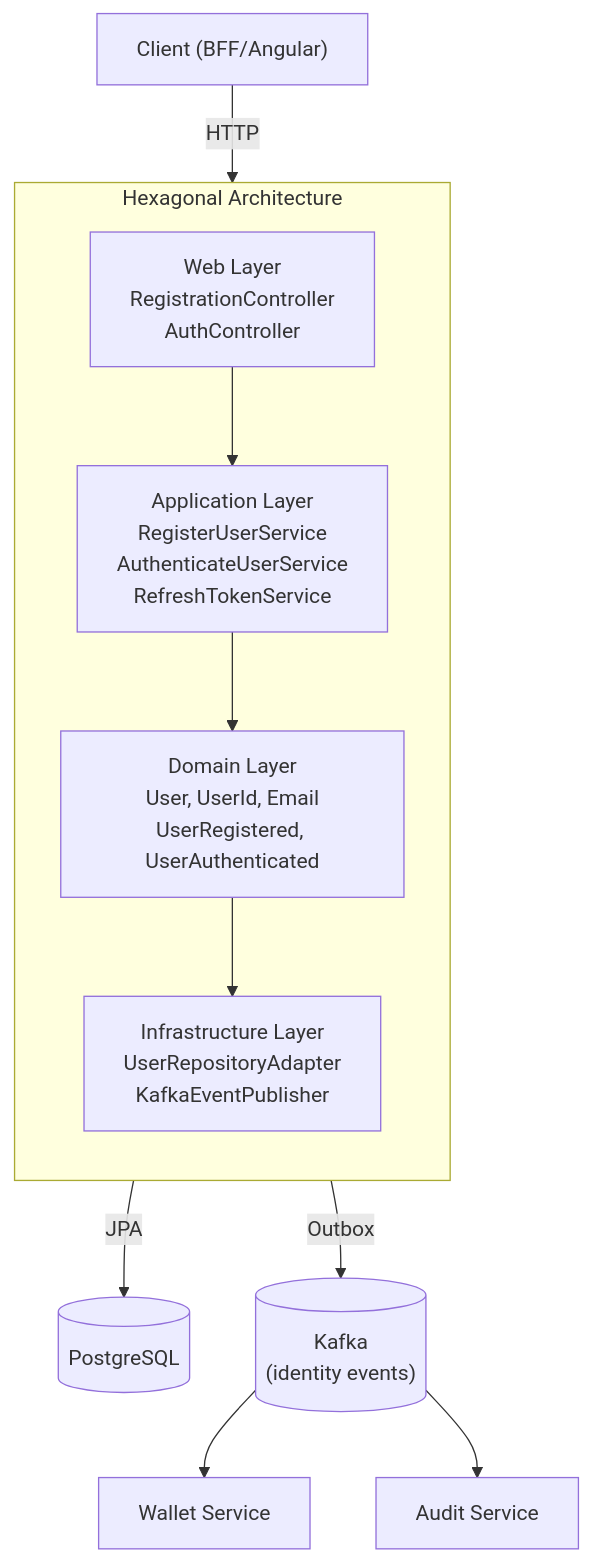
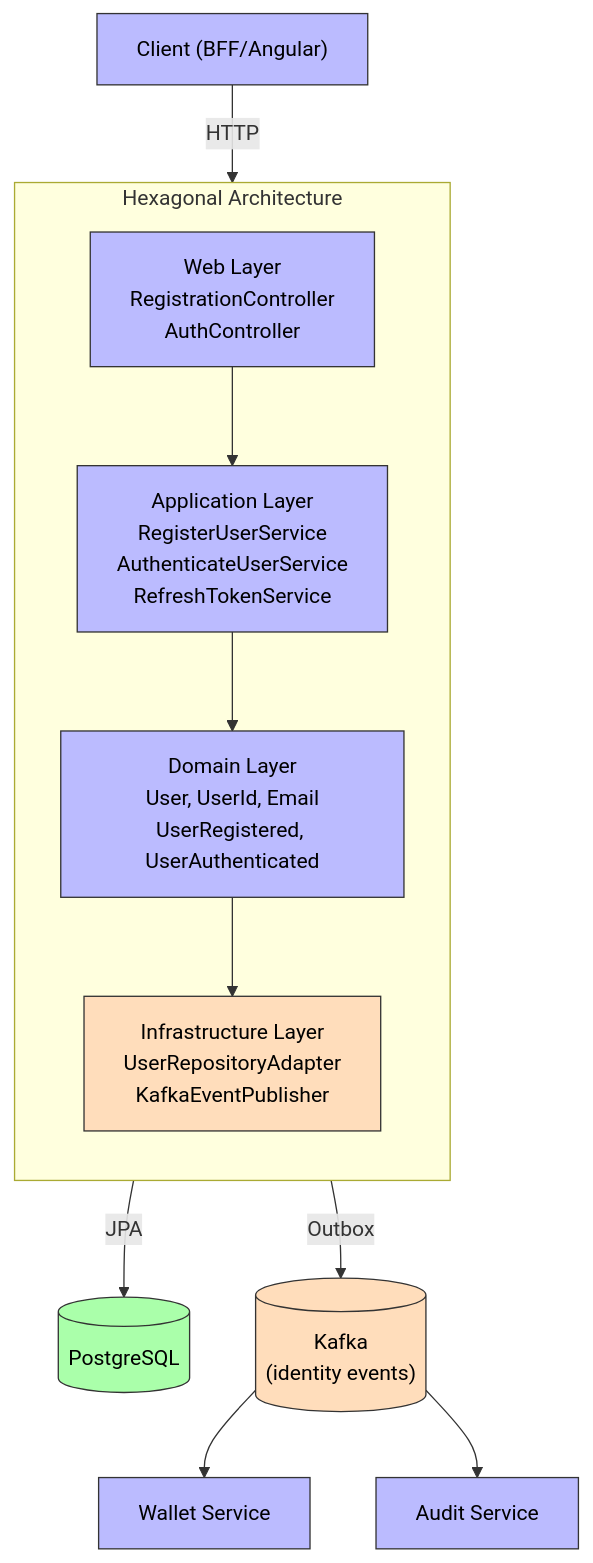
The first of 2 diagrams in docs/obsidian/01 - Services/Identity Service.md (AlexAlvarezGallardo-GitHub/Aegis), drawn with Mermaid before and after one commit. The commit also changed other lines of this file and 87 other files, not shown here.

````diff
--- a/docs/obsidian/01 - Services/Identity Service.md
+++ b/docs/obsidian/01 - Services/Identity Service.md
@@ -15,17 +15,26 @@
 ```mermaid
 graph TB
     subgraph "Hexagonal Architecture"
         direction TB
         Web["Web Layer<br/>RegistrationController<br/>AuthController"]
         App["Application Layer<br/>RegisterUserService<br/>AuthenticateUserService<br/>RefreshTokenService"]
         Domain["Domain Layer<br/>User, UserId, Email<br/>UserRegistered, UserAuthenticated"]
         Infra["Infrastructure Layer<br/>UserRepositoryAdapter<br/>KafkaEventPublisher"]
         Web --> App --> Domain
         Domain --> Infra
     end
     Client["Client (BFF/Angular)"] -->|HTTP| Web
     Infra -->|JPA| PG[(PostgreSQL)]
     Infra -->|Outbox| Kafka[("Kafka<br/>(identity events)")]
     Kafka --> Wallet[Wallet Service]
     Kafka --> Audit[Audit Service]
+    style Client fill:#bbf,stroke:#333,color:#000
+    style Web fill:#bbf,stroke:#333,color:#000
+    style App fill:#bbf,stroke:#333,color:#000
+    style Domain fill:#bbf,stroke:#333,color:#000
+    style Wallet fill:#bbf,stroke:#333,color:#000
+    style Audit fill:#bbf,stroke:#333,color:#000
+    style Infra fill:#fdb,stroke:#333,color:#000
+    style Kafka fill:#fdb,stroke:#333,color:#000
+    style PG fill:#afa,stroke:#333,color:#000
 ```
````
